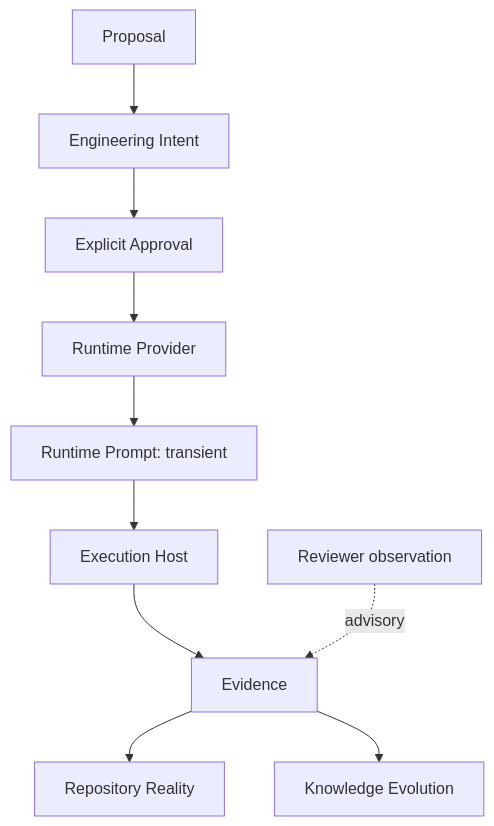
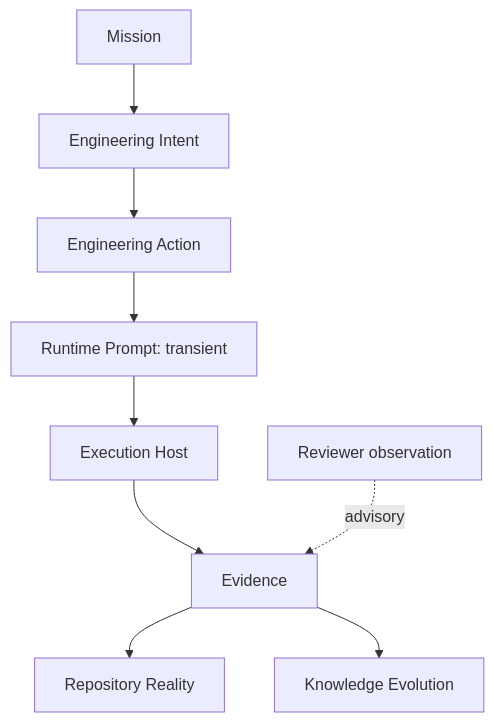
Before and after one commit to pcvantol/forge: the third of 5 diagrams in knowledge/bootstrap/05_ENGINEERING_MODEL.md, drawn with Mermaid. The commit also changed other lines of this file and 15 other files, not shown here.

Commit message:
docs: introduce engineering action architecture

````diff
--- a/knowledge/bootstrap/05_ENGINEERING_MODEL.md
+++ b/knowledge/bootstrap/05_ENGINEERING_MODEL.md
@@ -231,12 +283,11 @@
 ```mermaid
 flowchart TD
-    P[Proposal] --> I[Engineering Intent]
-    I --> A[Explicit Approval]
-    A --> RP[Runtime Provider]
-    RP --> PR[Runtime Prompt: transient]
+    M[Mission] --> I[Engineering Intent]
+    I --> A[Engineering Action]
+    A --> PR[Runtime Prompt: transient]
     PR --> EH[Execution Host]
     EH --> E[Evidence]
     E --> RR[Repository Reality]
     E --> K[Knowledge Evolution]
     RV[Reviewer observation] -. advisory .-> E
 ```
````
